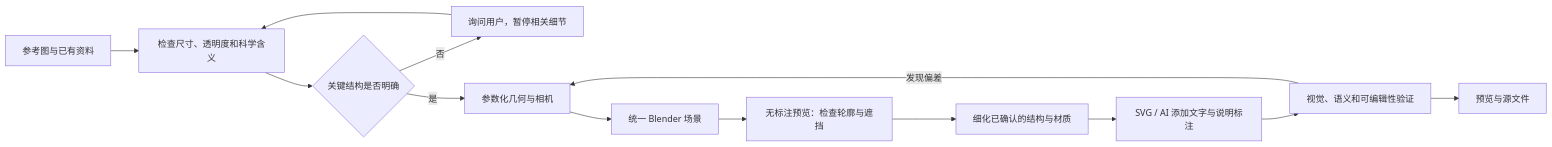
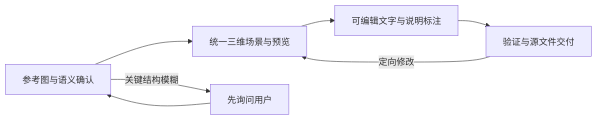
One commit to HyNlity/paper-figure-reconstruction changed the diagram in README.md. Above: the diagram before and after it, drawn with Mermaid. The commit also changed other lines of this file, not shown here.

Commit message:
Keep README workflow legible at GitHub's default page width

````diff
--- a/README.md
+++ b/README.md
@@ -83,15 +83,9 @@
 ```mermaid
 flowchart LR
-    R[参考图与已有资料] --> E[检查尺寸、透明度和科学含义]
-    E --> Q{关键结构是否明确}
-    Q -- 否 --> U[询问用户，暂停相关细节]
-    U --> E
-    Q -- 是 --> G[参数化几何与相机]
-    G --> B[统一 Blender 场景]
-    B --> P[无标注预览：检查轮廓与遮挡]
-    P --> D[细化已确认的结构与材质]
-    D --> A[SVG / AI 添加文字与说明标注]
-    A --> V[视觉、语义和可编辑性验证]
-    V --> O[预览与源文件]
-    V -- 发现偏差 --> G
+    R[参考图与语义确认] --> B[统一三维场景与预览]
+    B --> A[可编辑文字与说明标注]
+    A --> V[验证与源文件交付]
+    R -- 关键结构模糊 --> Q[先询问用户]
+    Q --> R
+    V -- 定向修改 --> B
 ```
````
